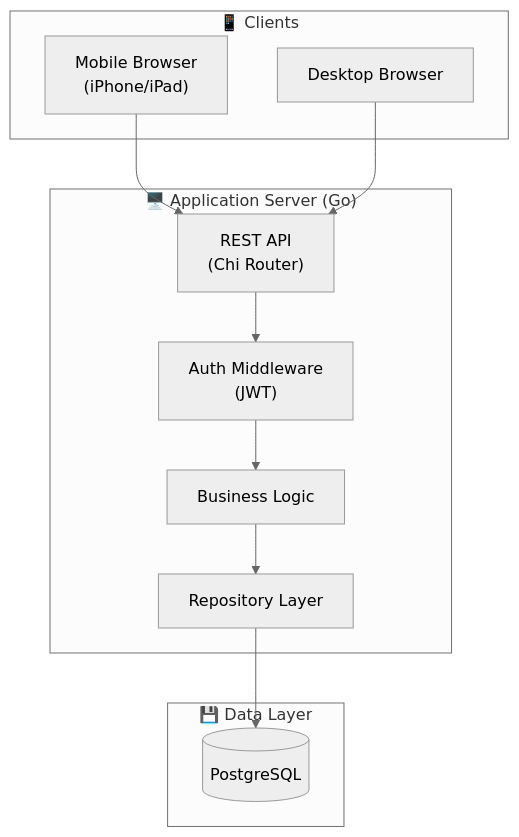
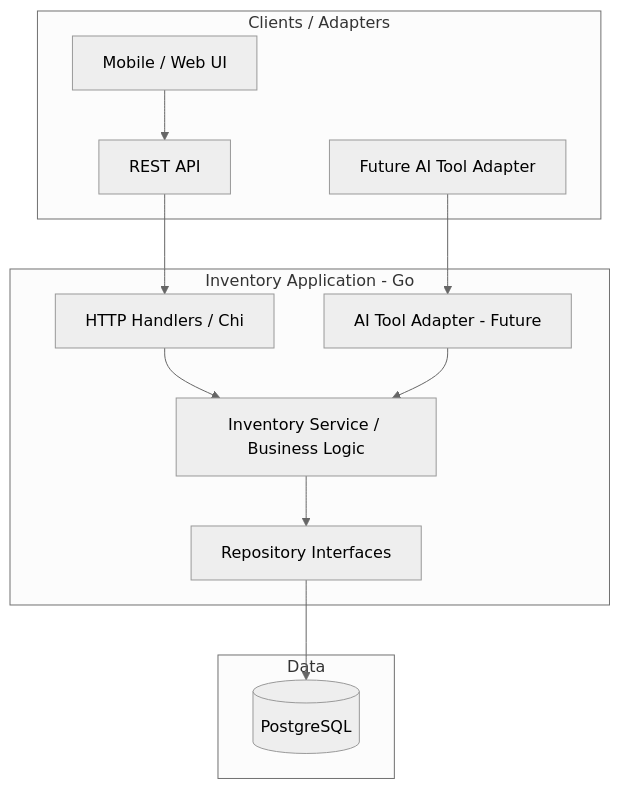
One commit to mennyaboush/restaurant-inventory-ai changed the first of 4 diagrams in docs/ARCHITECTURE.md. Above: the diagram before and after it, drawn with Mermaid (neutral theme). The commit also changed other lines of this file and 1 other file, not shown here.

First line of the commit message:
docs: define AI Store Manager vision and inventory boundaries

````diff
--- a/docs/ARCHITECTURE.md
+++ b/docs/ARCHITECTURE.md
@@ -14,25 +29,27 @@
 ```mermaid
 flowchart TB
-    subgraph Clients["📱 Clients"]
-        Mobile["Mobile Browser<br/>(iPhone/iPad)"]
-        Desktop["Desktop Browser"]
+    subgraph Clients[Clients / Adapters]
+        Mobile[Mobile / Web UI]
+        HTTP[REST API]
+        FutureAI[Future AI Tool Adapter]
     end
 
-    subgraph Server["🖥️ Application Server (Go)"]
-        API["REST API<br/>(Chi Router)"]
-        Auth["Auth Middleware<br/>(JWT)"]
-        Service["Business Logic"]
-        Repo["Repository Layer"]
+    subgraph App[Inventory Application - Go]
+        API[HTTP Handlers / Chi]
+        Tools[AI Tool Adapter - Future]
+        Service[Inventory Service / Business Logic]
+        Repo[Repository Interfaces]
     end
 
-    subgraph Data["💾 Data Layer"]
+    subgraph Data[Data]
         PostgreSQL[(PostgreSQL)]
     end
 
-    Mobile --> API
-    Desktop --> API
-    API --> Auth
-    Auth --> Service
+    Mobile --> HTTP
+    HTTP --> API
+    FutureAI --> Tools
+    API --> Service
+    Tools --> Service
     Service --> Repo
     Repo --> PostgreSQL
 ```
````
